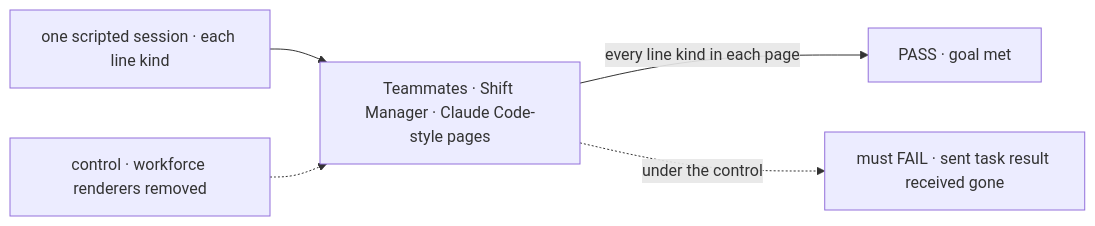
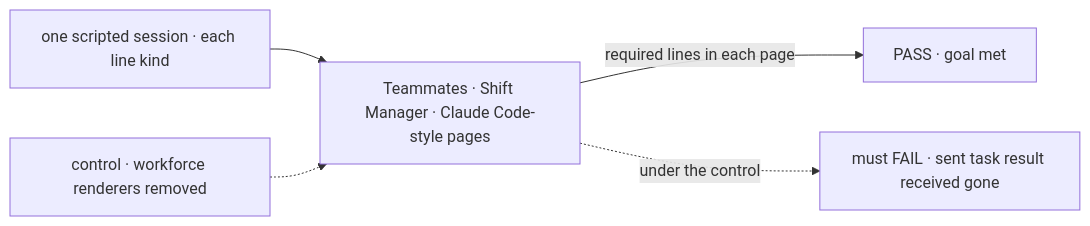
Before and after one commit to fixpoint-labs/flow-state-dev: the first of 2 diagrams in specs/issues/FIX-2848/SPEC.md, drawn with Mermaid. The commit also changed other lines of this file and 3 other files, not shown here.

````diff
--- a/specs/issues/FIX-2848/SPEC.md
+++ b/specs/issues/FIX-2848/SPEC.md
@@ -30,7 +31,7 @@
 ```mermaid
 flowchart LR
   S["one scripted session · each line kind"] --> A["Teammates · Shift Manager · Claude Code-style pages"]
-  A -->|"every line kind in each page"| P["PASS · goal met"]
+  A -->|"required lines in each page"| P["PASS · goal met"]
   C["control · workforce renderers removed"] -.-> A
   A -.->|"under the control"| F["must FAIL · sent task result received gone"]
 ```
````
